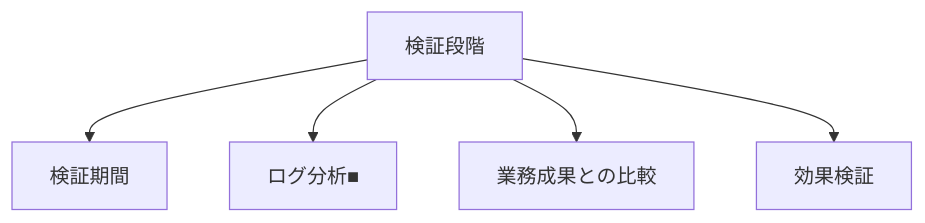
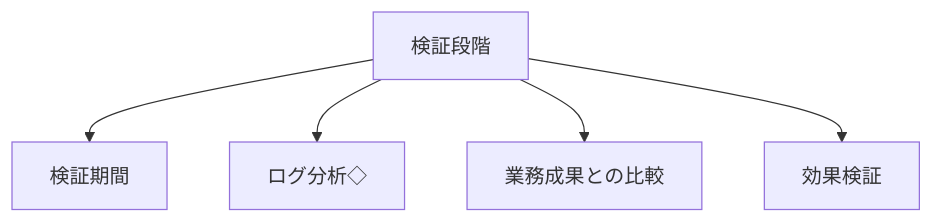
Before and after one commit to SparklingDetergent/doc_genai_Using_Generative_AI_with_Mac_Mini_-Introduction-: diagram 11 of 14 in README.md, drawn with Mermaid. The commit also changed other lines of this file, not shown here.

````diff
--- a/README.md
+++ b/README.md
@@ -225,7 +225,7 @@
 ```mermaid
 graph TD
     A[検証段階] --> B[検証期間]
-    A --> C[ログ分析■]
+    A --> C[ログ分析◇]
     A --> D[業務成果との比較]
     A --> E[効果検証]
 ```
````
